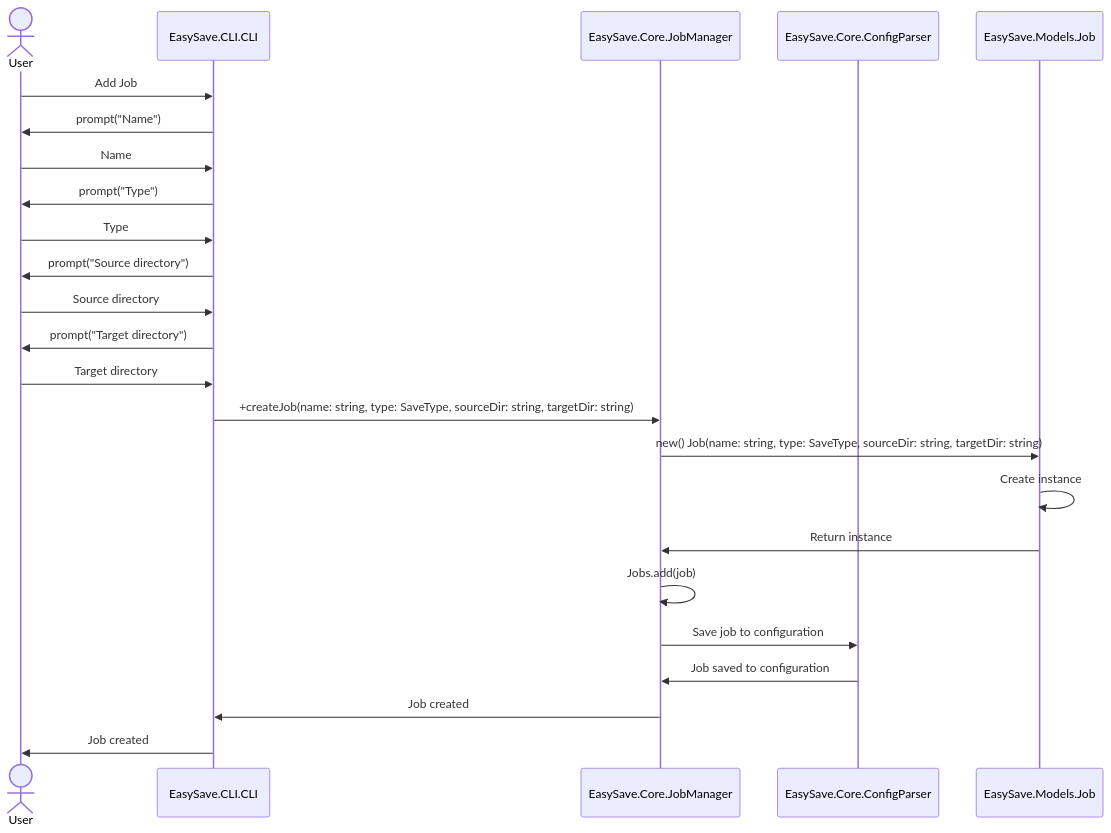
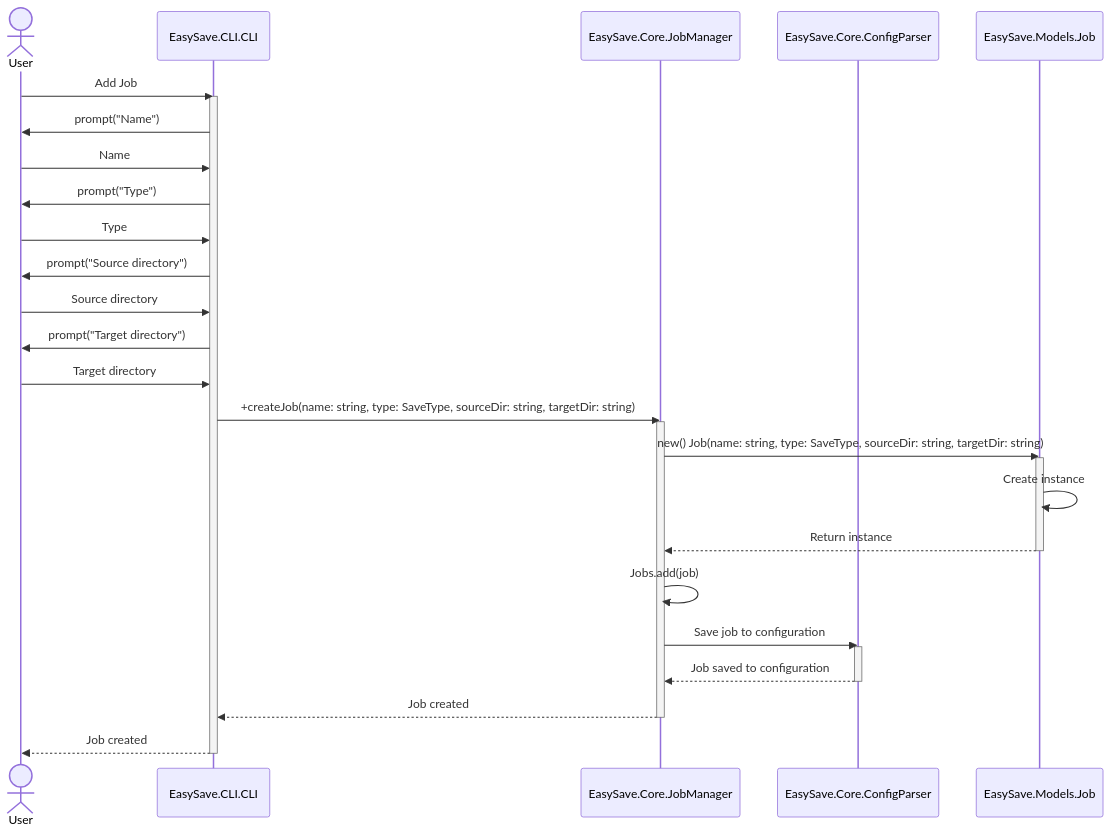
Before and after one commit to louisdrouhin/EasySave: the third of 6 diagrams in Modelisation.md, drawn with Mermaid. The commit also changed other lines of this file, not shown here.

Commit message:
docs(UML): update sequences diagram with life lines

````diff
--- a/Modelisation.md
+++ b/Modelisation.md
@@ -478,27 +478,40 @@
 ```mermaid
 sequenceDiagram
     actor User as User
     participant CLI as EasySave.CLI.CLI
     participant JobMgr as EasySave.Core.JobManager
     participant Config as EasySave.Core.ConfigParser
     participant Job as EasySave.Models.Job
 
     User->>CLI: Add Job
+    activate CLI
     CLI->>User: prompt("Name")
     User->>CLI: Name
     CLI->>User: prompt("Type")
     User->>CLI: Type
     CLI->>User: prompt("Source directory")
     User->>CLI: Source directory
     CLI->>User: prompt("Target directory")
     User->>CLI: Target directory
+
     CLI->>JobMgr: +createJob(name: string, type: SaveType, sourceDir: string, targetDir: string)
+    activate JobMgr
     JobMgr->>Job: new() Job(name: string, type: SaveType, sourceDir: string, targetDir: string)
-    Job->>Job:Create instance
-    Job->>JobMgr: Return instance
+    activate Job
+    Job->>Job: Create instance
+    Job-->>JobMgr: Return instance
+    deactivate Job
+
     JobMgr->>JobMgr: Jobs.add(job)
+
     JobMgr->>Config: Save job to configuration
-    Config->>JobMgr: Job saved to configuration
-    JobMgr->>CLI: Job created
-    CLI->>User: Job created
+    activate Config
+    Config-->>JobMgr: Job saved to configuration
+    deactivate Config
+
+    JobMgr-->>CLI: Job created
+    deactivate JobMgr
+
+    CLI-->>User: Job created
+    deactivate CLI
 ```
````
